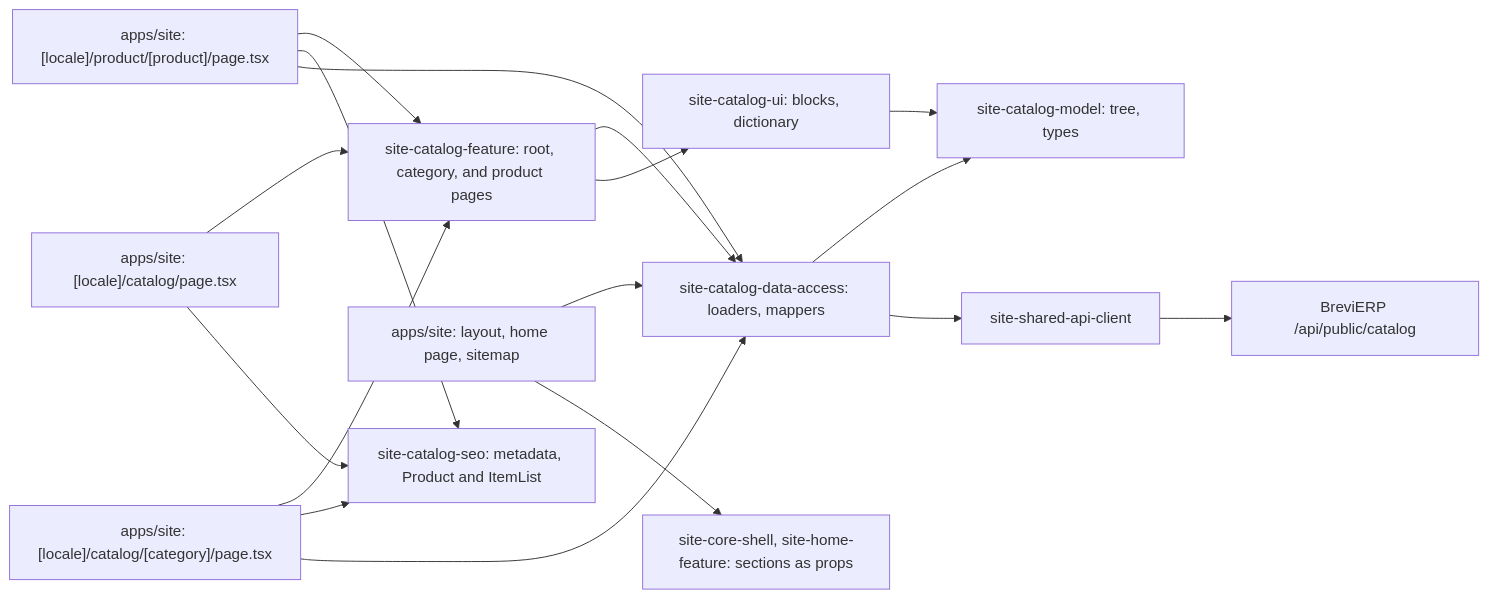
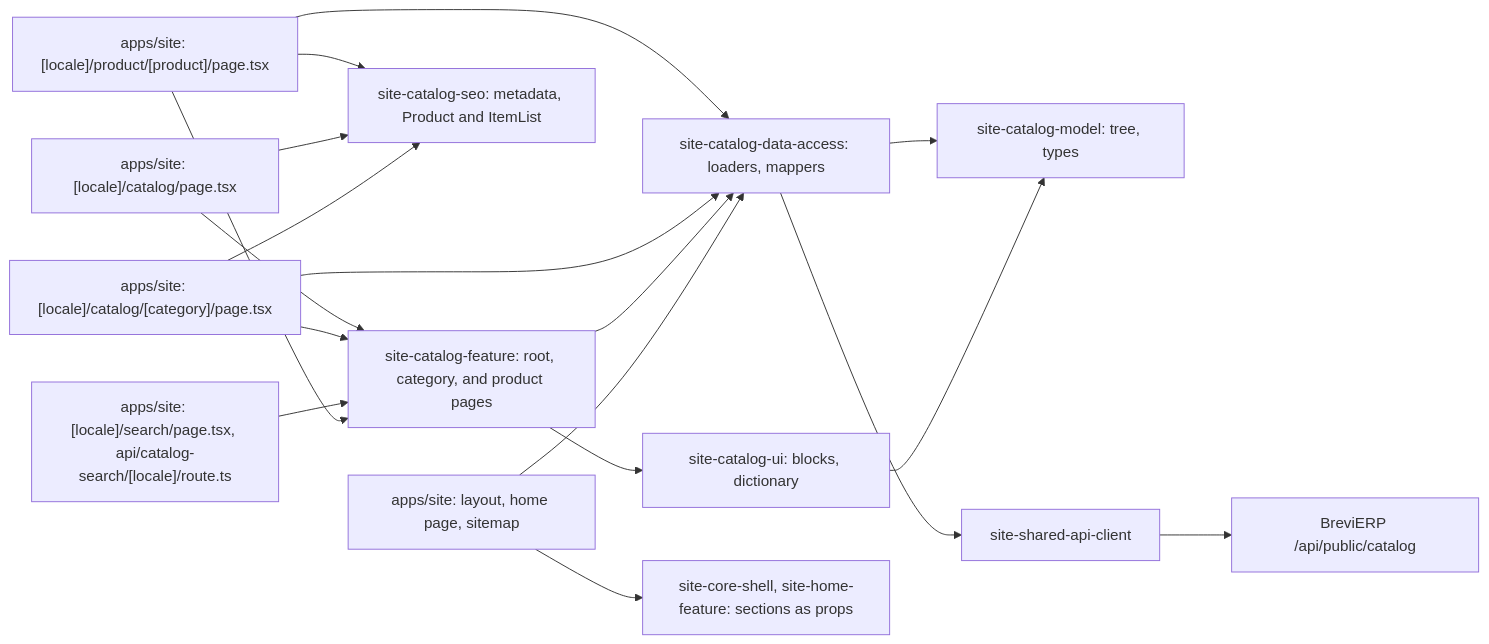
Before and after one commit to Weretik/brevi-web: the diagram in docs/features/site/catalog.md, drawn with Mermaid. The commit also changed other lines of this file and 49 other files, not shown here.

First line of the commit message:
Add catalog search, category tabs, and listing filters on the site

````diff
--- a/docs/features/site/catalog.md
+++ b/docs/features/site/catalog.md
@@ -17,19 +19,20 @@
 ```mermaid
 flowchart LR
   Root["apps/site: [locale]/catalog/page.tsx"] --> Feature["site-catalog-feature: root, category, and product pages"]
   Category["apps/site: [locale]/catalog/[category]/page.tsx"] --> Feature
+  Search["apps/site: [locale]/search/page.tsx, api/catalog-search/[locale]/route.ts"] --> Feature
   Product["apps/site: [locale]/product/[product]/page.tsx"] --> Feature
   Product --> PageSeo
   Product --> Data
   Root --> PageSeo["site-catalog-seo: metadata, Product and ItemList"]
   Category --> PageSeo
   Category --> Data["site-catalog-data-access: loaders, mappers"]
   Feature --> Data
   Feature --> Ui["site-catalog-ui: blocks, dictionary"]
   Data --> Model["site-catalog-model: tree, types"]
   Data --> Api["site-shared-api-client"]
   Api --> Erp["BreviERP /api/public/catalog"]
   Ui --> Model
   Layout["apps/site: layout, home page, sitemap"] --> Data
   Layout --> Shell["site-core-shell, site-home-feature: sections as props"]
 ```
````
